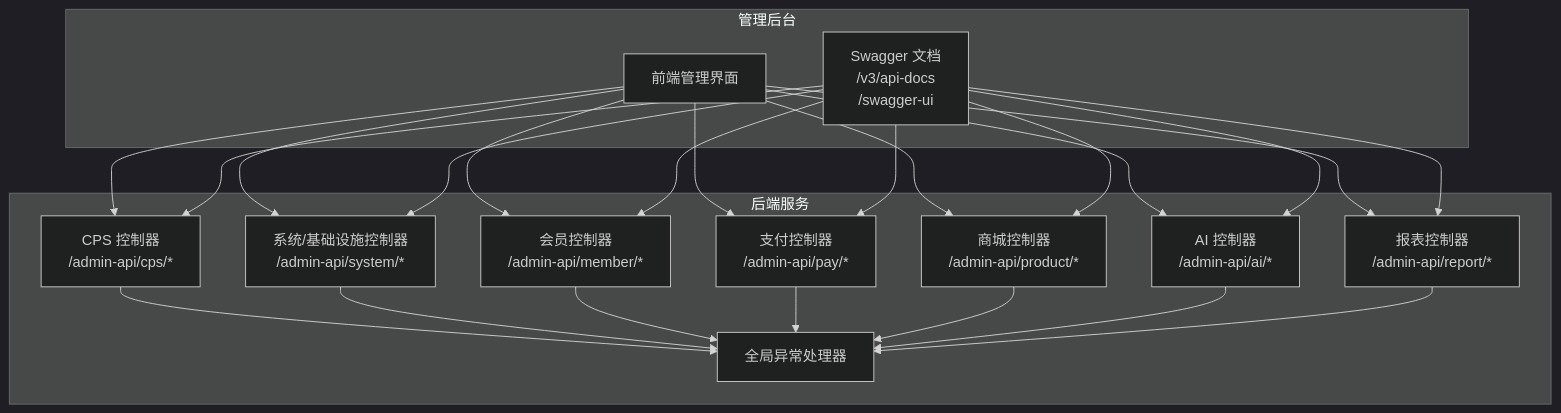
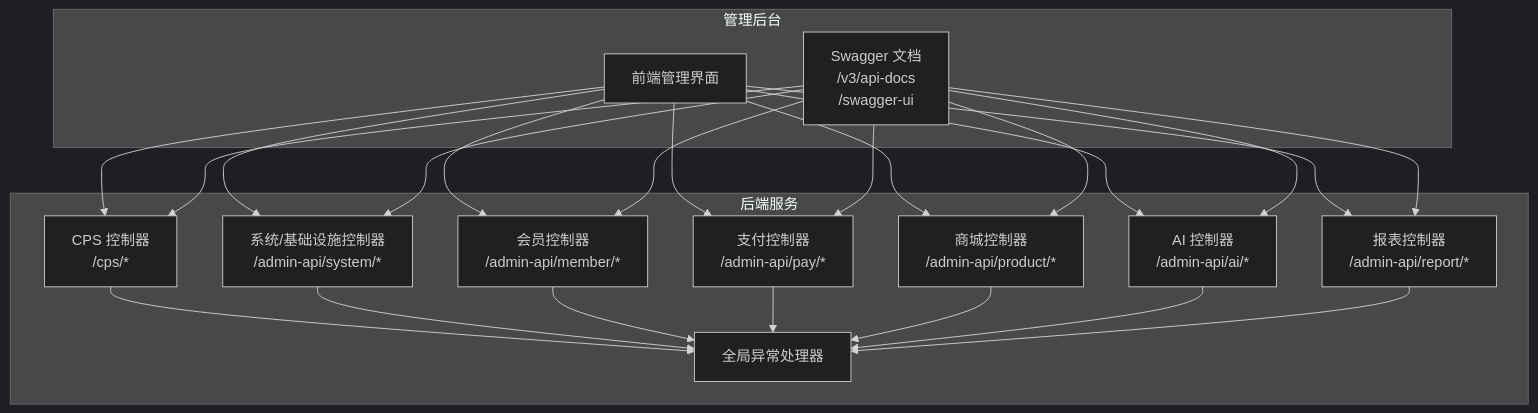
The second of 3 diagrams in .qoder/repowiki/zh/content/API 接口文档/管理后台 API/管理后台 API.md (zhuangpengLI/AgenticCPS), drawn with Mermaid (dark theme) before and after one commit. The commit also changed other lines of this file and 13 other files, not shown here.

````diff
--- a/.qoder/repowiki/zh/content/API 接口文档/管理后台 API/管理后台 API.md
+++ b/.qoder/repowiki/zh/content/API 接口文档/管理后台 API/管理后台 API.md
@@ -88,38 +88,38 @@
 ```mermaid
 graph TB
 subgraph "管理后台"
 UI["前端管理界面"]
 SWAGGER["Swagger 文档<br/>/v3/api-docs<br/>/swagger-ui"]
 end
 subgraph "后端服务"
-CTRL_CPS["CPS 控制器<br/>/admin-api/cps/*"]
+CTRL_CPS["CPS 控制器<br/>/cps/*"]
 CTRL_SYS["系统/基础设施控制器<br/>/admin-api/system/*"]
 CTRL_MEMBER["会员控制器<br/>/admin-api/member/*"]
 CTRL_PAY["支付控制器<br/>/admin-api/pay/*"]
 CTRL_MALL["商城控制器<br/>/admin-api/product/*"]
 CTRL_AI["AI 控制器<br/>/admin-api/ai/*"]
 CTRL_REPORT["报表控制器<br/>/admin-api/report/*"]
 EX["全局异常处理器"]
 end
 UI --> CTRL_CPS
 UI --> CTRL_SYS
 UI --> CTRL_MEMBER
 UI --> CTRL_PAY
 UI --> CTRL_MALL
 UI --> CTRL_AI
 UI --> CTRL_REPORT
 CTRL_CPS --> EX
 CTRL_SYS --> EX
 CTRL_MEMBER --> EX
 CTRL_PAY --> EX
 CTRL_MALL --> EX
 CTRL_AI --> EX
 CTRL_REPORT --> EX
 SWAGGER --> CTRL_CPS
 SWAGGER --> CTRL_SYS
 SWAGGER --> CTRL_MEMBER
 SWAGGER --> CTRL_PAY
 SWAGGER --> CTRL_MALL
 SWAGGER --> CTRL_AI
 SWAGGER --> CTRL_REPORT
 ```
````
